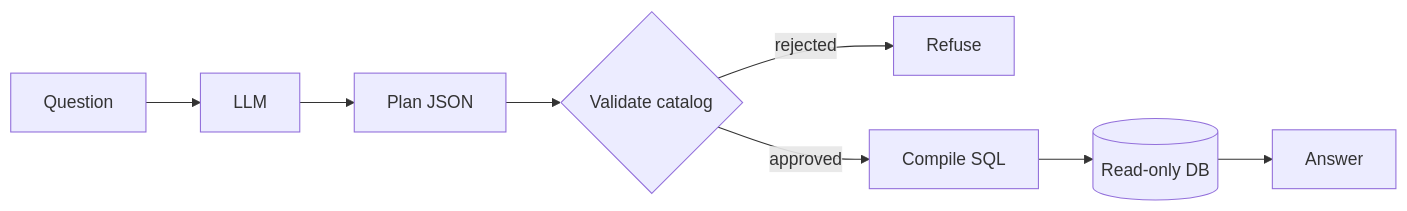
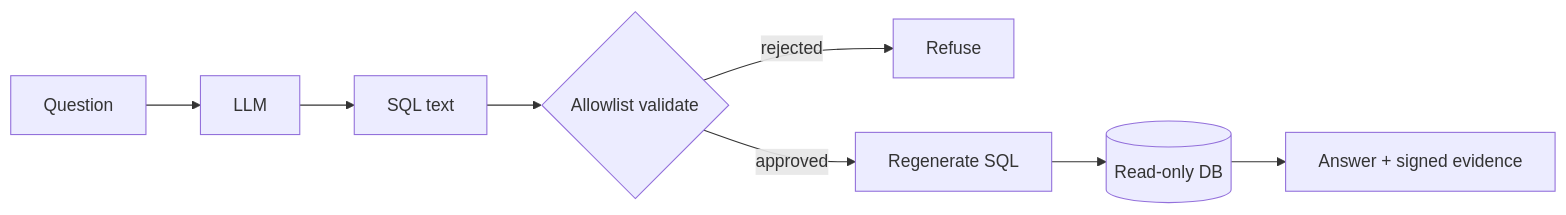
The diagram in docs/DEMO.md (Sam962/secure-query), drawn with Mermaid before and after one commit. The commit also changed other lines of this file and 15 other files, not shown here.

First line of the commit message:
Docs: handover, rewritten plan and status; describe the validated-SQL path

````diff
--- a/docs/DEMO.md
+++ b/docs/DEMO.md
@@ -18,10 +20,10 @@
 ```mermaid
 flowchart LR
     Q["Question"] --> LLM["LLM"]
-    LLM --> P["Plan JSON"]
-    P --> V{"Validate catalog"}
+    LLM --> S["SQL text"]
+    S --> V{"Allowlist validate"}
     V -->|rejected| R["Refuse"]
-    V -->|approved| C["Compile SQL"]
-    C --> DB[("Read-only DB")]
-    DB --> A["Answer"]
+    V -->|approved| G["Regenerate SQL"]
+    G --> DB[("Read-only DB")]
+    DB --> A["Answer + signed evidence"]
 ```
````
